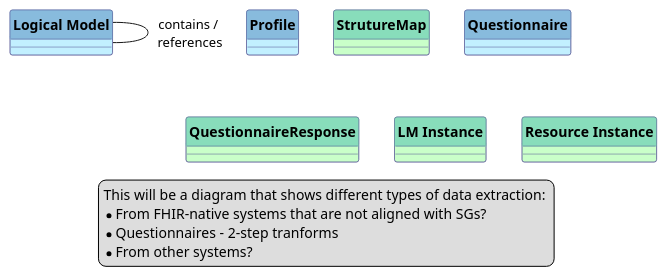
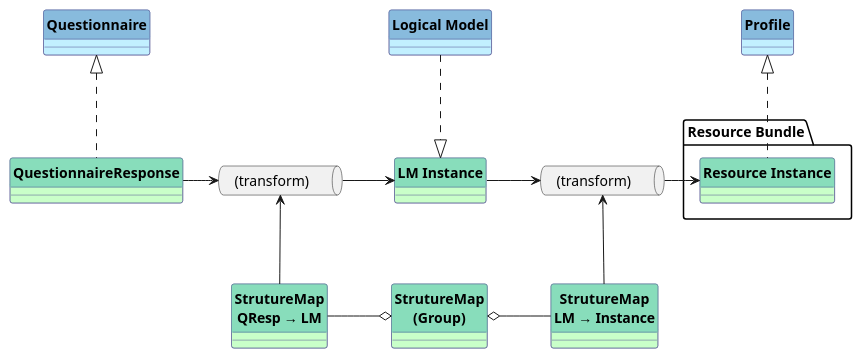
The diagram in input/images-source/extraction.plantuml (WorldHealthOrganization/smart-ig-starter-kit), drawn with PlantUML before and after one commit. The commit also changed 6 other files, not shown here.

```diff
--- a/input/images-source/extraction.plantuml
+++ b/input/images-source/extraction.plantuml
@@ -1,61 +1,91 @@
 @startuml
 'skinparam linetype ortho
 skinparam linetype polyline
 hide circle
 hide stereotype
+allowmixing
 
 '!pragma layout smetana
 
 skinparam class<<MD>> {
  BorderColor DarkSlateGray
  BackgroundColor WhiteSmoke
  HeaderBackgroundColor #909090
 }
 
 skinparam class<<DM>> {
  BorderColor #505090
  BackgroundColor APPLICATION
  HeaderBackgroundColor #8bd
 }
 
 
 skinparam class<<TM>> {
  BorderColor #505090
  BackgroundColor TECHNOLOGY
  HeaderBackgroundColor #8db
 }
 
 
-legend 
-This will be a diagram that shows different types of data extraction: 
-* From FHIR-native systems that are not aligned with SGs?
-* Questionnaires - 2-step tranforms
-* From other systems?
-endlegend
-
 class "**Logical Model**" as LM<<DM>> {
 }
 
 class "**Profile**" as P<<DM>> {
 }
 
-class "**StrutureMap**" as SM<<TM>> {
+class "**StrutureMap**\n**QResp &#8594; LM**" as SMQL<<TM>> {
+}
+
+class "**StrutureMap**\n**LM &#8594; Instance**" as SMLR<<TM>> {
+}
+
+class "**StrutureMap**\n**(Group)**" as SMG<<TM>> {
 }
 
 class "**Questionnaire**" as Q<<DM>> {
 }
 
 class "**QuestionnaireResponse**" as QR<<TM>> {
 }
 
 
 class "**LM Instance**" as LMI<<TM>> {
 }
 
-class "**Resource Instance**" as RI<<TM>> {
+package "**Resource Bundle**" as RIP {
+  class "**Resource Instance**" as RI<<TM>> {
+  }
 }
 
-LM - LM: contains /\n references
+'LM - LM: contains /\n references
+
+'QR -r-> LMI
+
+queue "   (transform)     " as T1
+queue "   (transform)     " as T2
+
+QR -r-> T1
+T1 -r-> LMI : "    "
+SMQL -u-> T1
+
+LMI -r-> T2 : "    "
+T2 -r-> RI
+SMLR -u-> T2 : "       "
+
+
+
+LM .d.|> LMI: "                        "
+QR .u.|> Q
+'RI .u.|> P
+RI .u.|> P
+
+SMQL -r-o SMG: "        "
+SMLR -l-o SMG: "        "
+
+'SMQL -u[hidden]- LM
+'SMLR -u[hidden]- LM
+
+'SMLR -r[hidden]- P: "             "
 
 
 @enduml
```
